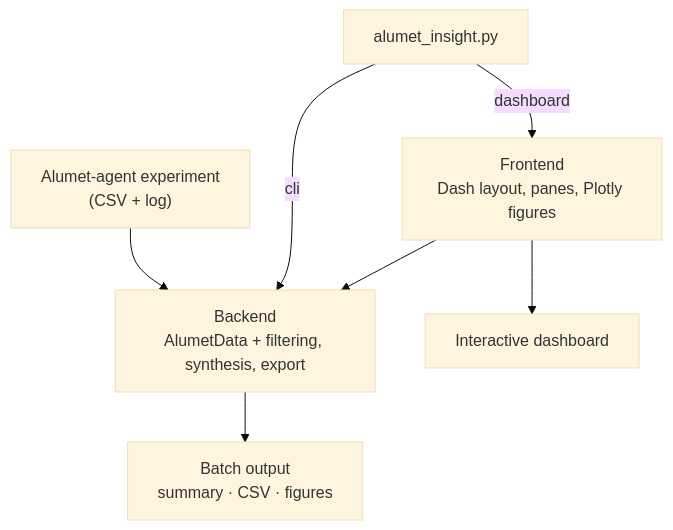
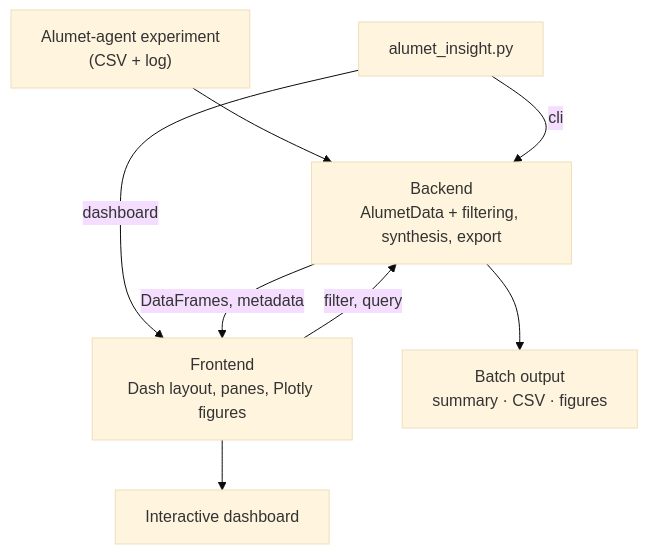
Before and after one commit to thealanjason/alumet-insight: the diagram in README.md, drawn with Mermaid (base theme).

Commit message:
WIP:mermaid diagram

````diff
--- a/README.md
+++ b/README.md
@@ -183,20 +183,21 @@
 ```mermaid
 flowchart TB
   IN["Alumet-agent experiment\n(CSV + log)"]
 
   EP["alumet_insight.py"]
 
   BE["Backend\nAlumetData + filtering, synthesis, export"]
 
   FE["Frontend\nDash layout, panes, Plotly figures"]
 
   UI["Interactive dashboard"]
   OUT["Batch output\nsummary · CSV · figures"]
 
   IN --> BE
   EP -->|dashboard| FE
   EP -->|cli| BE
-  FE --> BE
+  FE -->|filter, query| BE
+  BE -->|DataFrames, metadata| FE
   FE --> UI
   BE --> OUT
 ```
````
